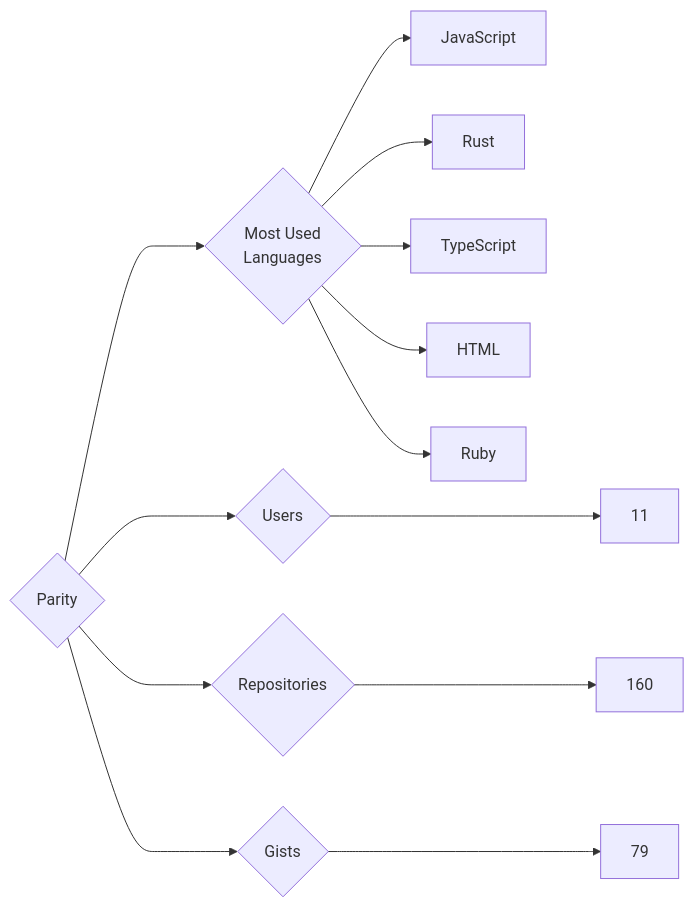
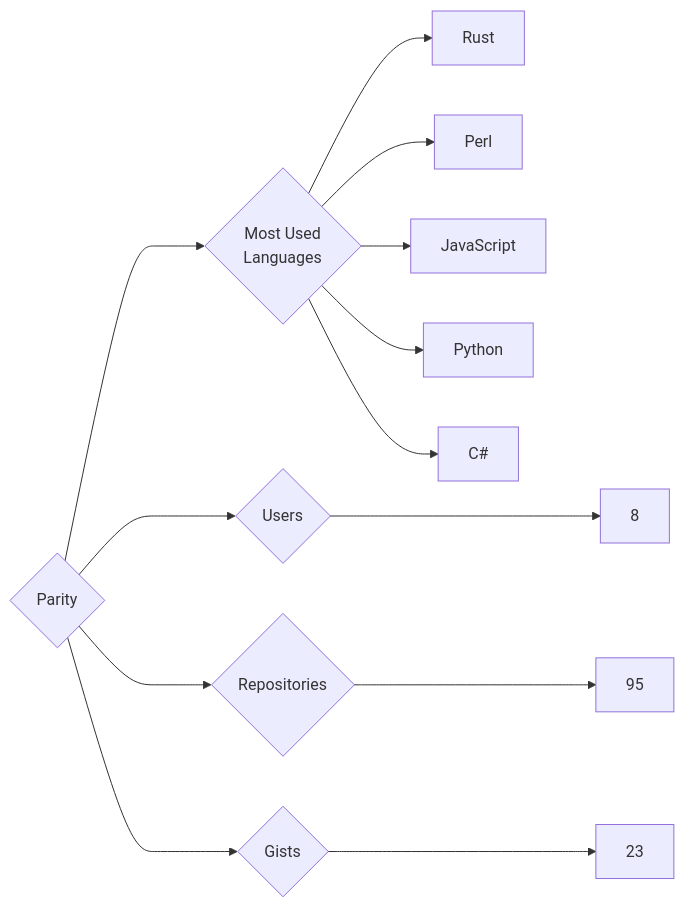
Before and after one commit to trickest/insiders: the diagram in targets/Parity/README.md, drawn with Mermaid. The commit also changed 1011 other files, not shown here.

````diff
--- a/targets/Parity/README.md
+++ b/targets/Parity/README.md
@@ -3,13 +3,13 @@
 ```mermaid
 graph LR
 COMPANY_NAME{Parity}
-COMPANY_NAME ---> U{Users} ---> UN[11]
-COMPANY_NAME ---> R{Repositories} ---> RN[160]
-COMPANY_NAME ---> G{Gists} ---> GN[79]
+COMPANY_NAME ---> U{Users} ---> UN[8]
+COMPANY_NAME ---> R{Repositories} ---> RN[95]
+COMPANY_NAME ---> G{Gists} ---> GN[23]
 COMPANY_NAME ---> ML{Most Used<br>Languages}
+ML --> Rust[Rust]
+ML --> Perl[Perl]
 ML --> JavaScript[JavaScript]
-ML --> Rust[Rust]
-ML --> TypeScript[TypeScript]
-ML --> HTML[HTML]
-ML --> Ruby[Ruby]
+ML --> Python[Python]
+ML --> C#[C#]
 ```
````
